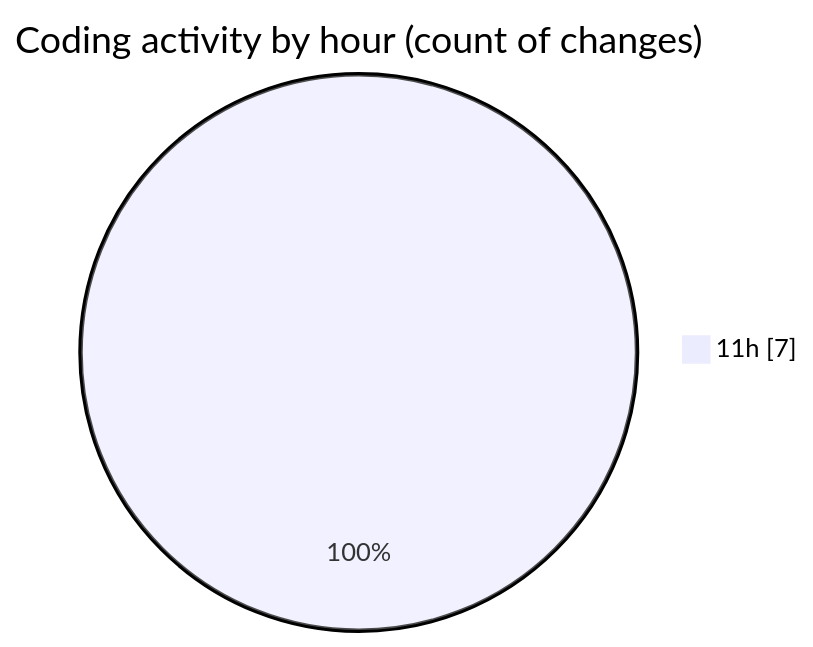
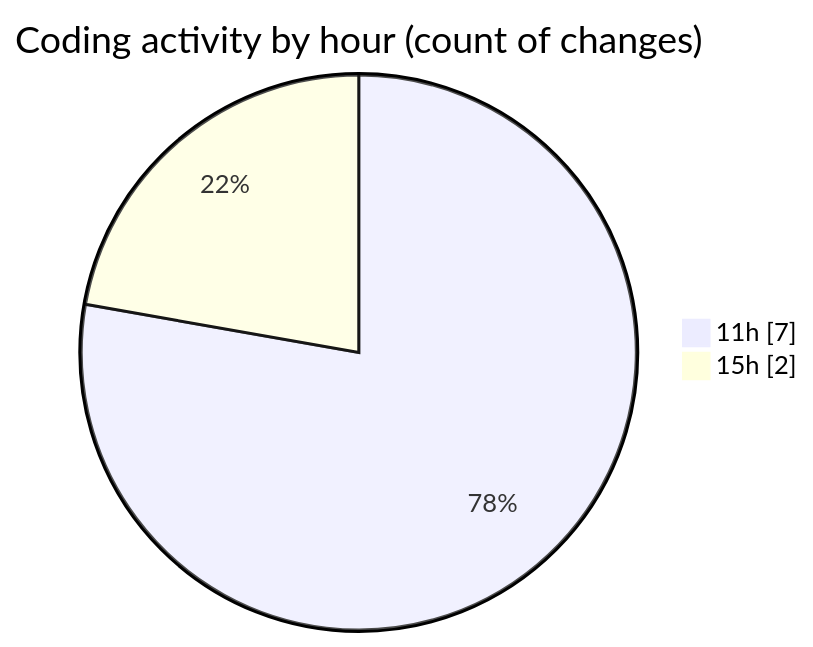
Before and after one commit to jcpc91/code-tracking: the second of 2 diagrams in 2025-05-12/cancelacionsegurosvida/README.md, drawn with Mermaid. The commit also changed other lines of this file and 1 other file, not shown here.

````diff
--- a/2025-05-12/cancelacionsegurosvida/README.md
+++ b/2025-05-12/cancelacionsegurosvida/README.md
@@ -31,5 +32,6 @@
 ```mermaid
 pie showData
 title Coding activity by hour (count of changes)
 "11h" : 7
+"15h" : 2
 ```
````
